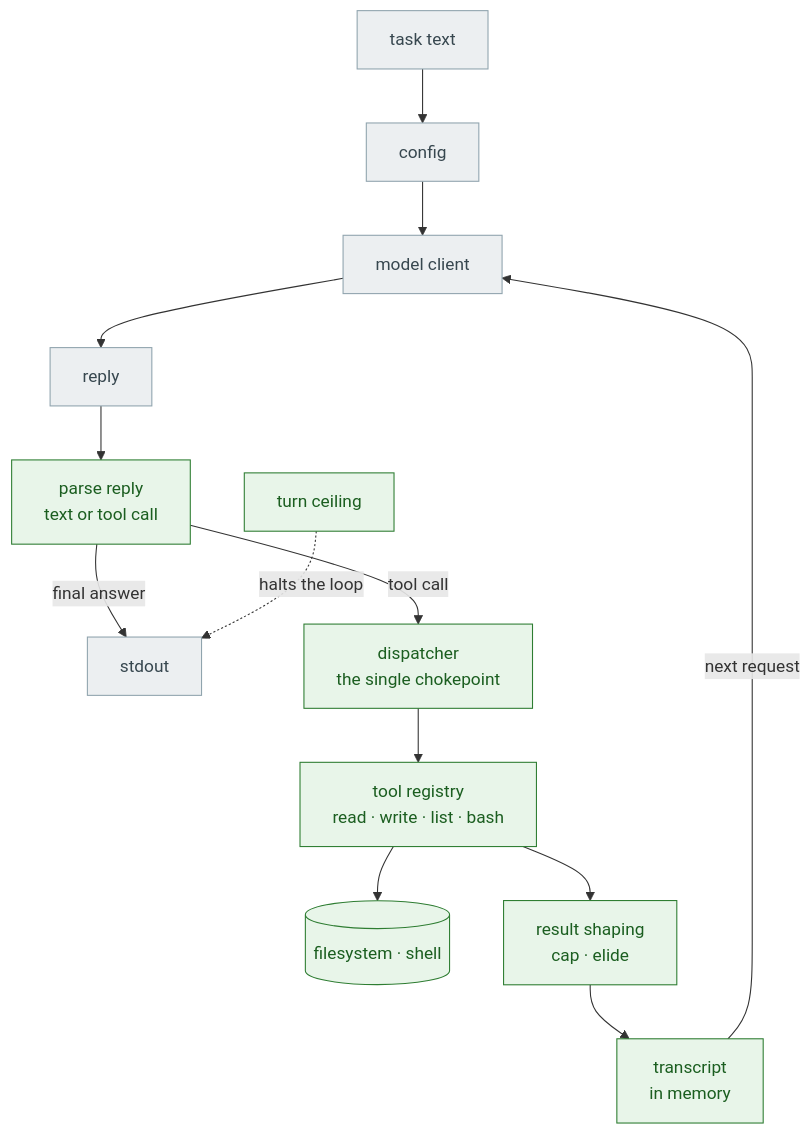
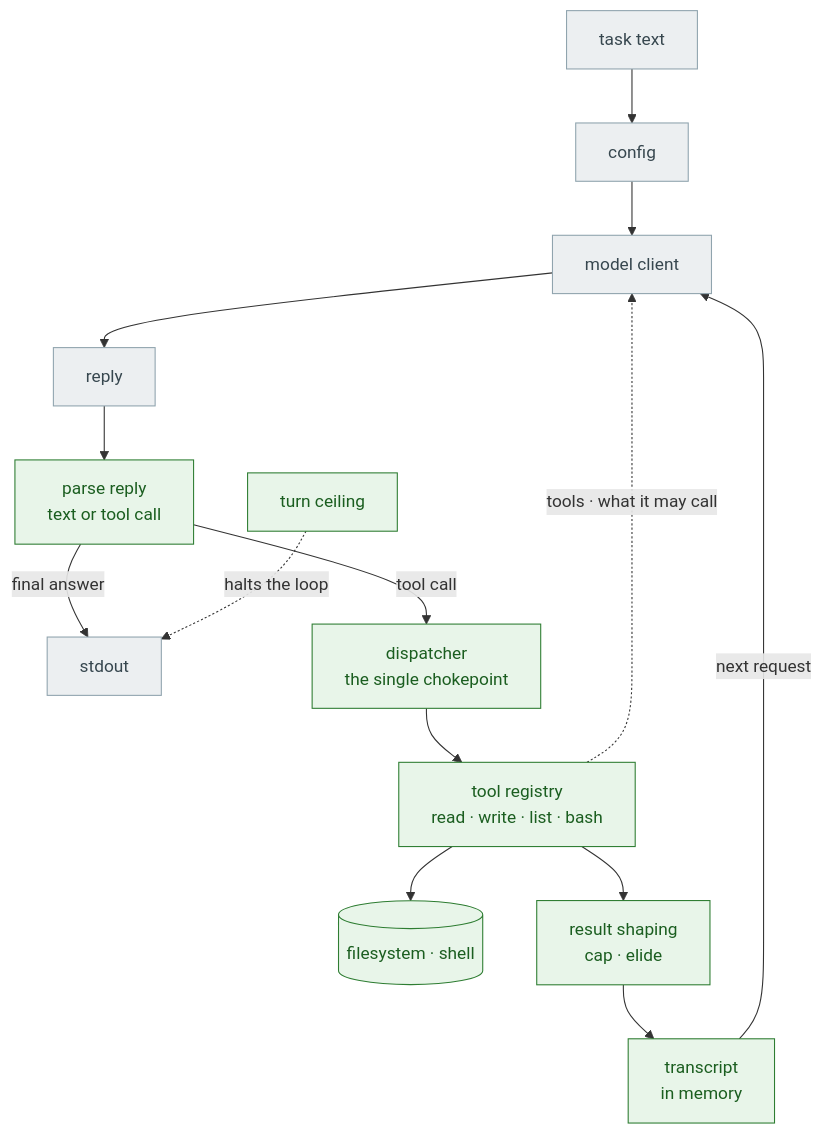
One commit to skinssong/my_harness changed the diagram in diagrams/s2-tools.mmd. Above: the diagram before and after it, drawn with Mermaid. The commit also changed 3 other files, not shown here.

```diff
--- a/diagrams/s2-tools.mmd
+++ b/diagrams/s2-tools.mmd
@@ -1,24 +1,25 @@
 flowchart TB
     TASK["task text"]:::grey
     CFG["config"]:::grey
     CLIENT["model client"]:::grey
     REPLY["reply"]:::grey
     OUT["stdout"]:::grey
 
     PARSE["parse reply<br/>text or tool call"]:::green
     DISP["dispatcher<br/>the single chokepoint"]:::green
     REG["tool registry<br/>read · write · list · bash"]:::green
     WORLD[("filesystem · shell")]:::green
     SHAPE["result shaping<br/>cap · elide"]:::green
     HIST["transcript<br/>in memory"]:::green
     CEIL["turn ceiling"]:::green
 
     TASK --> CFG --> CLIENT --> REPLY --> PARSE
     PARSE -- "final answer" --> OUT
     PARSE -- "tool call" --> DISP --> REG --> WORLD
     REG --> SHAPE --> HIST
     HIST -- "next request" --> CLIENT
+    REG -. "tools · what it may call" .-> CLIENT
     CEIL -. "halts the loop" .-> OUT
 
     classDef grey fill:#ECEFF1,stroke:#90A4AE,color:#37474F
     classDef green fill:#E8F5E9,stroke:#2E7D32,color:#1B5E20
```
